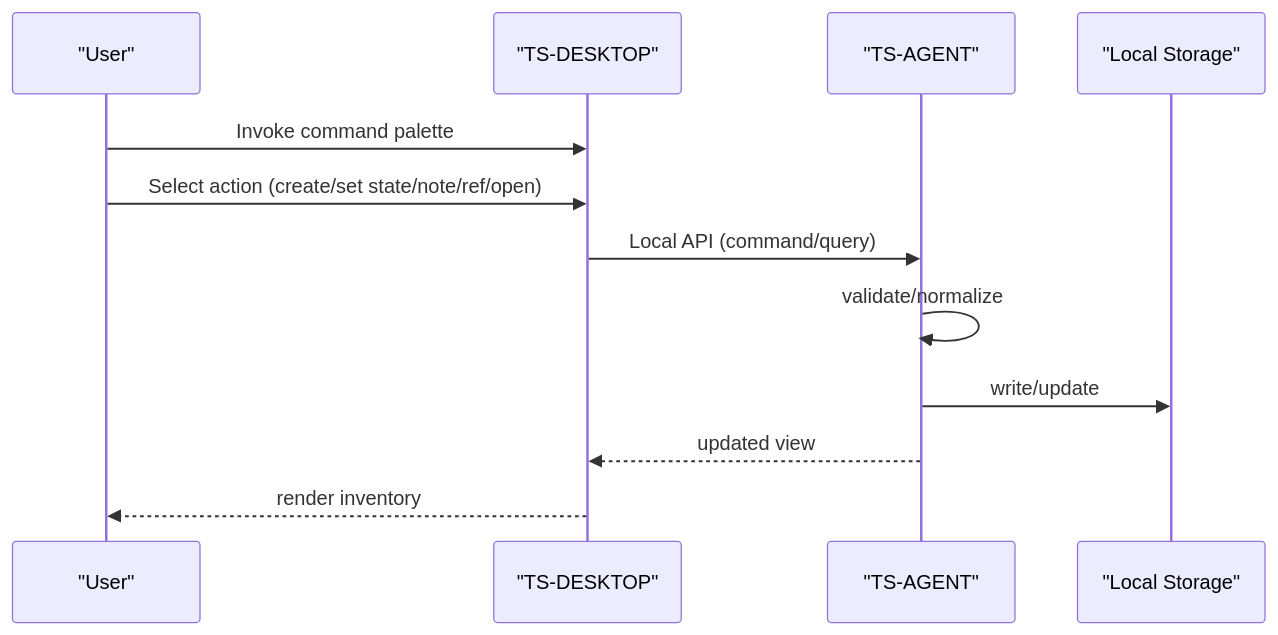
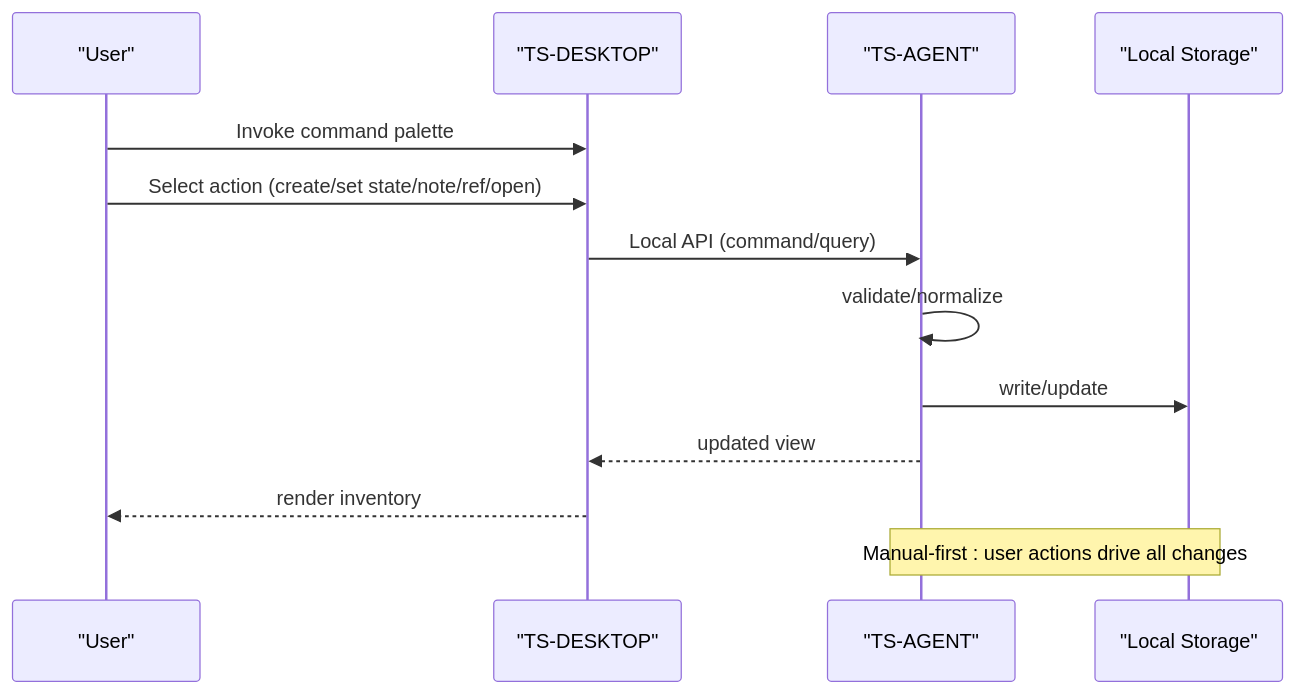
Before and after one commit to asukhodko/timeskein: the fourth of 7 diagrams in .qoder/repowiki/en/content/Architecture Decision Records.md, drawn with Mermaid. The commit also changed other lines of this file and 8 other files, not shown here.

First line of the commit message:
docs(architecture): adopt manual-first philosophy as core architectural foundation

````diff
--- a/.qoder/repowiki/en/content/Architecture Decision Records.md
+++ b/.qoder/repowiki/en/content/Architecture Decision Records.md
@@ -269,14 +296,15 @@
 ```mermaid
 sequenceDiagram
 participant User as "User"
 participant UI as "TS-DESKTOP"
 participant Agent as "TS-AGENT"
 participant DB as "Local Storage"
 User->>UI : Invoke command palette
 User->>UI : Select action (create/set state/note/ref/open)
 UI->>Agent : Local API (command/query)
 Agent->>Agent : validate/normalize
 Agent->>DB : write/update
 Agent-->>UI : updated view
 UI-->>User : render inventory
+Note over Agent,DB : Manual-first : user actions drive all changes
 ```
````
